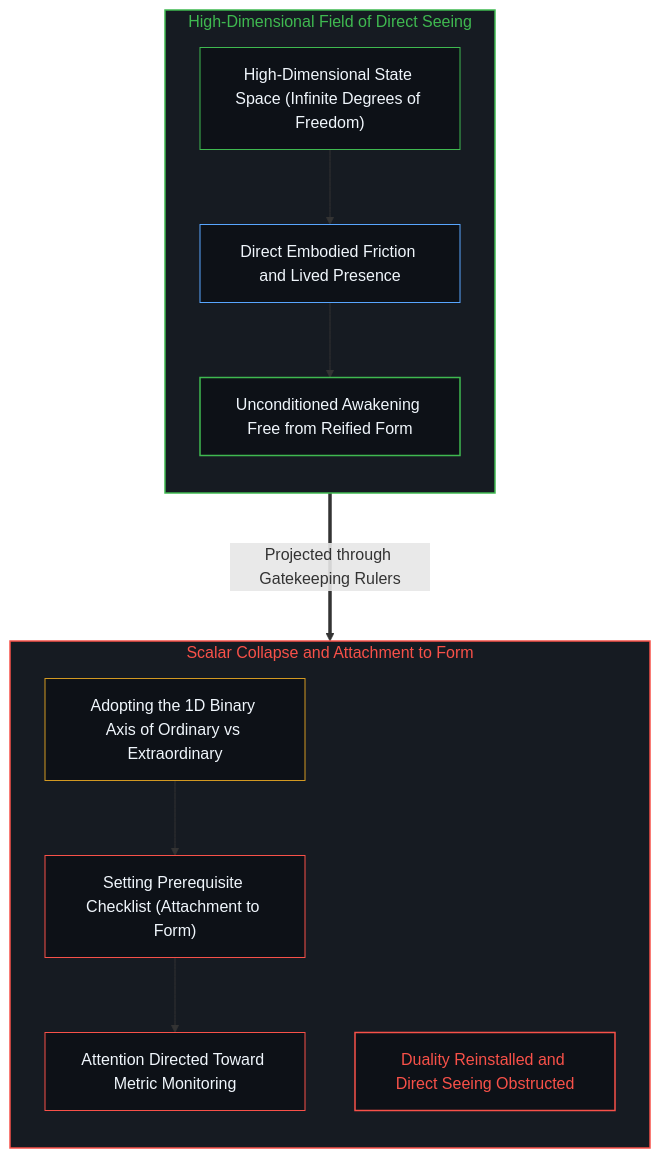
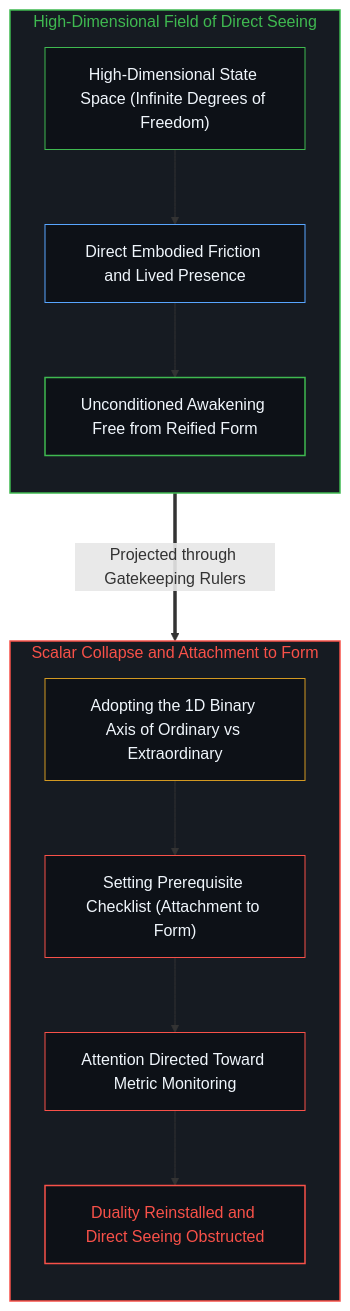
One commit to powerpig99/not-a-toe changed the second of 4 diagrams in content/posts/the-form-of-enlightenment-and-the-inversion-of-gates.md. Above: the diagram before and after it, drawn with Mermaid. The commit also changed other lines of this file and 5 other files, not shown here.

Commit message:
Refine Post #383 terminology, diagram symmetry, and topological lattice

````diff
--- a/content/posts/the-form-of-enlightenment-and-the-inversion-of-gates.md
+++ b/content/posts/the-form-of-enlightenment-and-the-inversion-of-gates.md
@@ -47,27 +47,27 @@
 ```mermaid
 graph TD
     subgraph S_DirectSeeing_EN ["High-Dimensional Field of Direct Seeing"]
         direction TB
         DSE_Infinite["High-Dimensional State Space (Infinite Degrees of Freedom)"] --> DSE_Present["Direct Embodied Friction and Lived Presence"]
         DSE_Present --> DSE_Unbound["Unconditioned Awakening Free from Reified Form"]
     end
 
     subgraph S_FormCollapse_EN ["Scalar Collapse and Attachment to Form"]
         direction TB
         FCE_Filter["Adopting the 1D Binary Axis of Ordinary vs Extraordinary"] --> FCE_Checklist["Setting Prerequisite Checklist (Attachment to Form)"]
         FCE_Checklist --> FCE_Monitoring["Attention Directed Toward Metric Monitoring"]
-        FCE_Lock["Duality Reinstalled and Direct Seeing Obstructed"]
+        FCE_Monitoring --> FCE_Lock["Duality Reinstalled and Direct Seeing Obstructed"]
     end
 
     DSE_Infinite ===>|"Projected through Gatekeeping Rulers"| FCE_Filter
 
     style S_DirectSeeing_EN fill:#161b22,stroke:#3fb950,stroke-width:1.5px,color:#3fb950
     style S_FormCollapse_EN fill:#161b22,stroke:#f85149,stroke-width:1.5px,color:#f85149
     style DSE_Infinite fill:#0d1117,stroke:#3fb950,stroke-width:1px,color:#f0f6fc
     style DSE_Present fill:#0d1117,stroke:#58a6ff,stroke-width:1px,color:#f0f6fc
     style DSE_Unbound fill:#0d1117,stroke:#3fb950,stroke-width:1.5px,color:#f0f6fc
     style FCE_Filter fill:#0d1117,stroke:#d29922,stroke-width:1px,color:#f0f6fc
     style FCE_Checklist fill:#0d1117,stroke:#f85149,stroke-width:1px,color:#f0f6fc
     style FCE_Monitoring fill:#0d1117,stroke:#f85149,stroke-width:1px,color:#f0f6fc
     style FCE_Lock fill:#0d1117,stroke:#f85149,stroke-width:1.5px,color:#f85149
 ```
````
